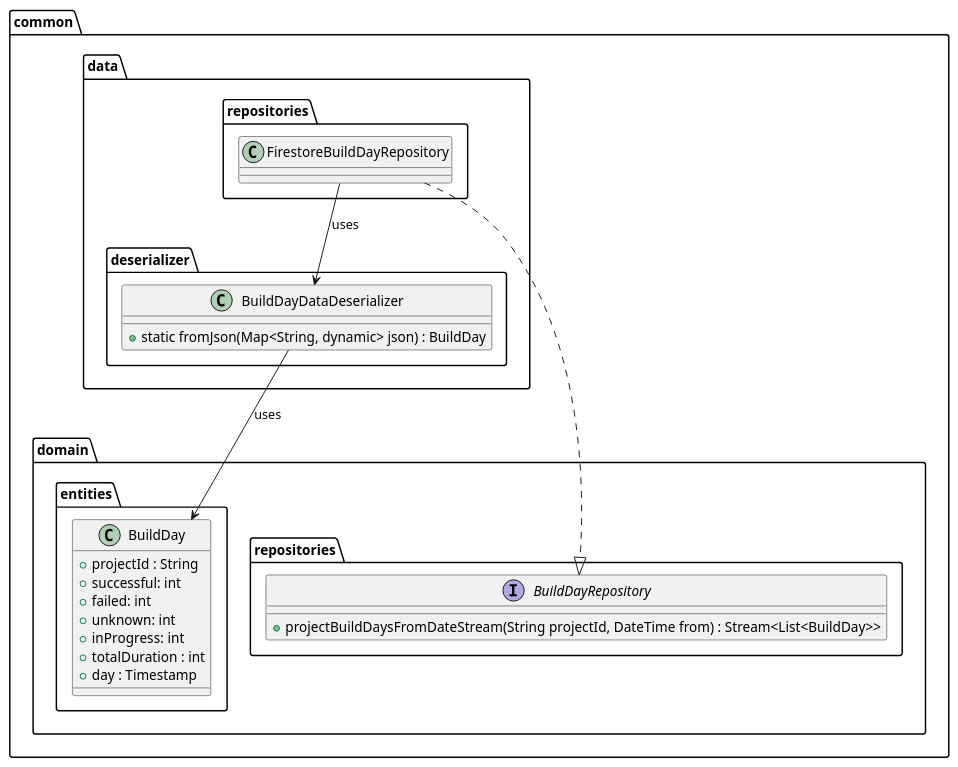
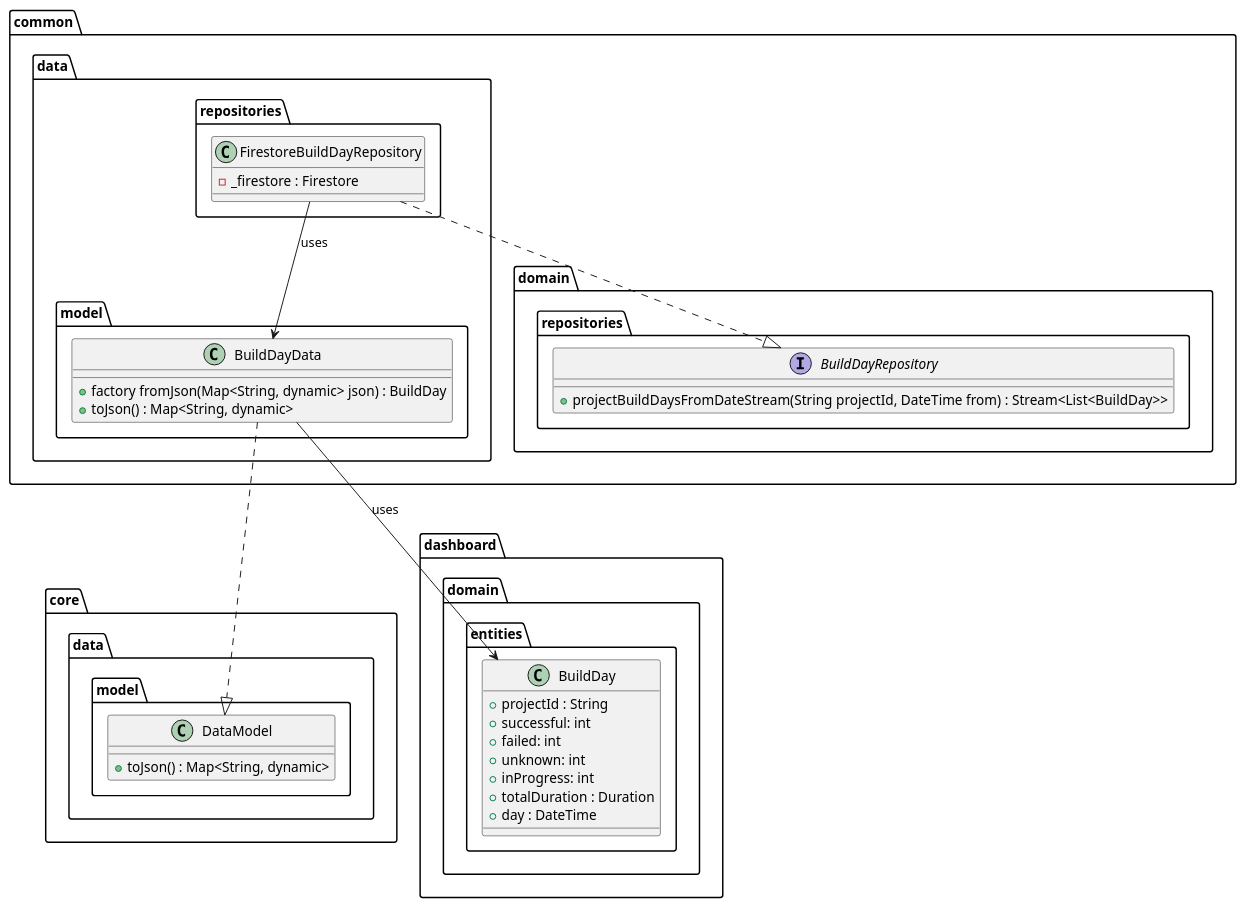
Before and after one commit to Flank/flank-dashboard: the diagram in metrics/web/docs/features/builds_aggregation/diagrams/build_days_data_layer_class_diagram.puml, drawn with PlantUML. The commit also changed 4 other files, not shown here.

Commit message:
Fix diagrams and structure of the doc

```diff
--- a/metrics/web/docs/features/builds_aggregation/diagrams/build_days_data_layer_class_diagram.puml
+++ b/metrics/web/docs/features/builds_aggregation/diagrams/build_days_data_layer_class_diagram.puml
@@ -1,43 +1,50 @@
 @startuml build_days_data_layer_class_diagram
 
+package core.data.model {
+    class DataModel {
+        + toJson() : Map<String, dynamic>
+    }
+}
+
 package common {
-    package domain {
-        package repositories {
-            interface BuildDayRepository {
-                + projectBuildDaysFromDateStream(String projectId, DateTime from) : Stream<List<BuildDay>>
-            }
-        }
-
-        package entities {
-            class BuildDay {
-                + projectId : String
-                + successful: int
-                + failed: int
-                + unknown: int
-                + inProgress: int
-                + totalDuration : int
-                + day : Timestamp
-            }
+    package domain.repositories {
+        interface BuildDayRepository {
+            + projectBuildDaysFromDateStream(String projectId, DateTime from) : Stream<List<BuildDay>>
         }
     }
 
     package data {
         package repositories as data_repositories {
-            class FirestoreBuildDayRepository {}
+            class FirestoreBuildDayRepository {
+                - _firestore : Firestore
+            }
         }
 
-        package deserializer {
-            class BuildDayDataDeserializer {
-                + static fromJson(Map<String, dynamic> json) : BuildDay
+        package model {
+            class BuildDayData {
+                + factory fromJson(Map<String, dynamic> json) : BuildDay
+                + toJson() : Map<String, dynamic>
             }
         }
     }
 }
 
+package dashboard.domain.entities {
+    class BuildDay {
+        + projectId : String
+        + successful: int
+        + failed: int
+        + unknown: int
+        + inProgress: int
+        + totalDuration : Duration
+        + day : DateTime
+    }
+}
 
 FirestoreBuildDayRepository ..|> BuildDayRepository
-FirestoreBuildDayRepository --> BuildDayDataDeserializer : uses
+FirestoreBuildDayRepository --> BuildDayData : uses
 
-BuildDayDataDeserializer --> BuildDay : uses
+BuildDayData --> BuildDay : uses
+BuildDayData ..|> DataModel
 
 @enduml
```
